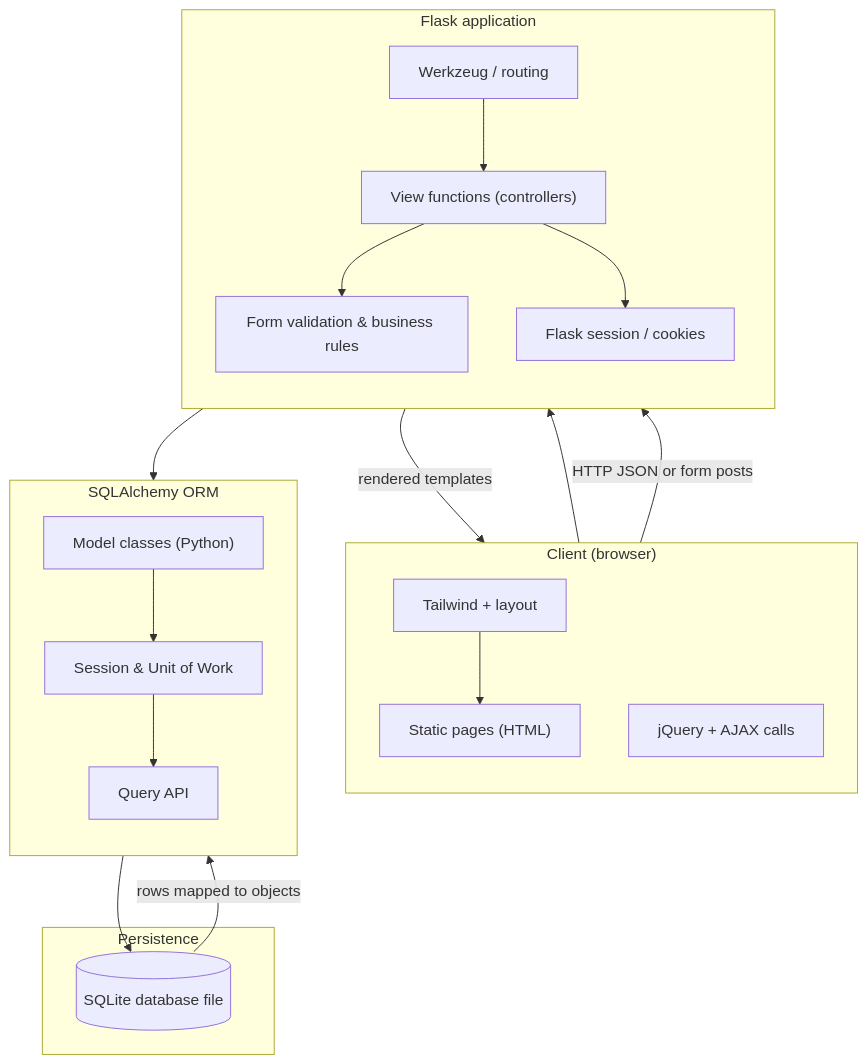
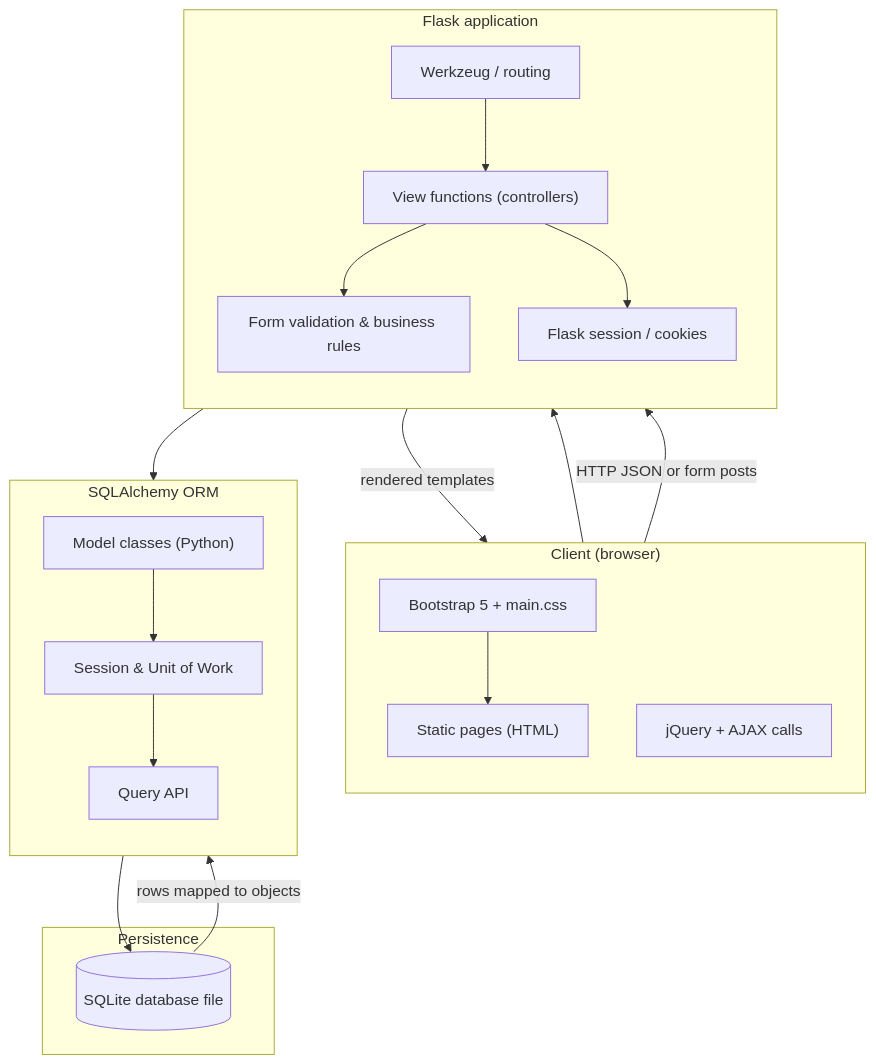
One commit to KenLoong/agile-group-uwa-skill-swap changed the first of 2 diagrams in readme.md. Above: the diagram before and after it, drawn with Mermaid. The commit also changed other lines of this file and 9 other files, not shown here.

````diff
--- a/readme.md
+++ b/readme.md
@@ -49,41 +52,41 @@
 ```mermaid
 flowchart TB
   subgraph client_layer["Client (browser)"]
     direction TB
     P["Static pages (HTML)"]
-    T["Tailwind + layout"]
+    T["Bootstrap 5 + main.css"]
     J["jQuery + AJAX calls"]
   end
 
   subgraph flask_layer["Flask application"]
     direction TB
     W["Werkzeug / routing"]
     V["View functions (controllers)"]
     A["Form validation & business rules"]
     SE["Flask session / cookies"]
   end
 
   subgraph orm_layer["SQLAlchemy ORM"]
     direction TB
     MD["Model classes (Python)"]
     SM["Session & Unit of Work"]
     QY["Query API"]
   end
 
   subgraph storage["Persistence"]
     DB[("SQLite database file")]
   end
 
   P --> W
   T --> P
   J -->|HTTP JSON or form posts| W
   W --> V
   V --> A
   V --> SE
   V --> MD
   MD --> SM
   SM --> QY
   QY --> DB
   DB -->|rows mapped to objects| MD
   V -->|rendered templates| P
 ```
````
